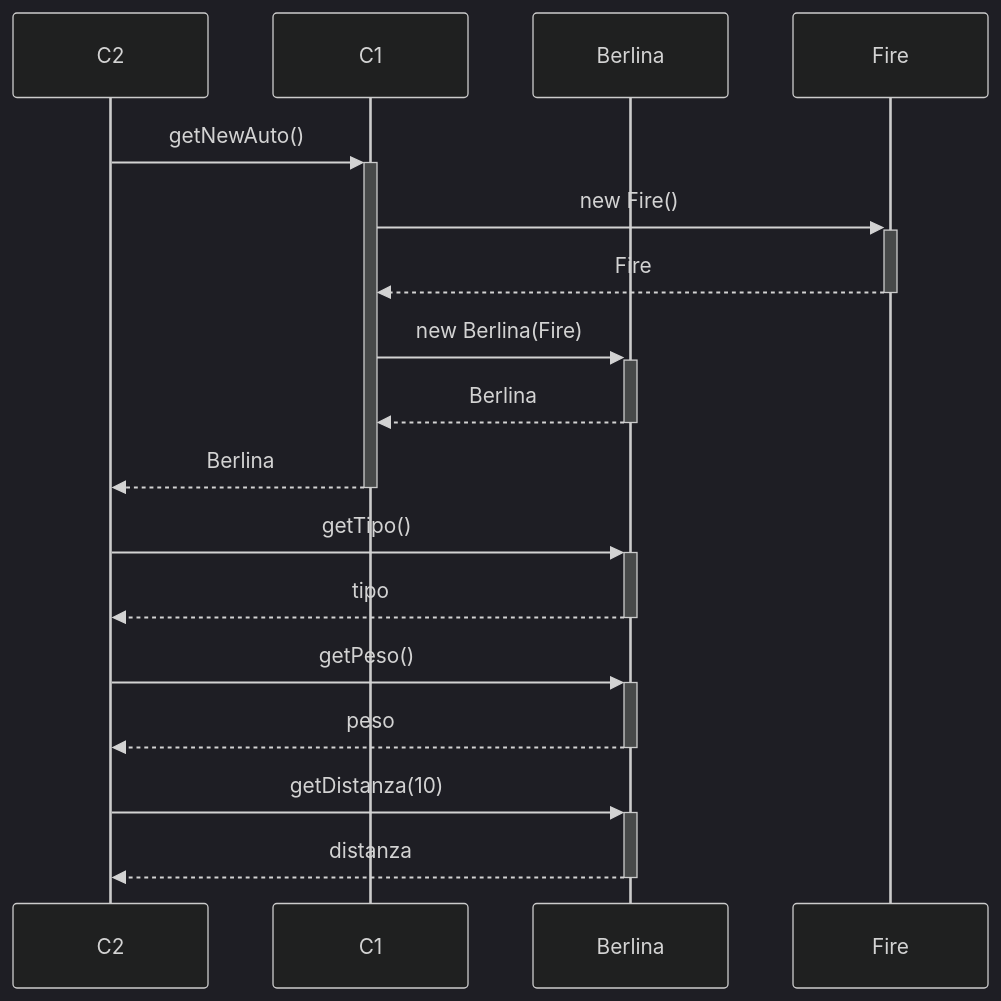
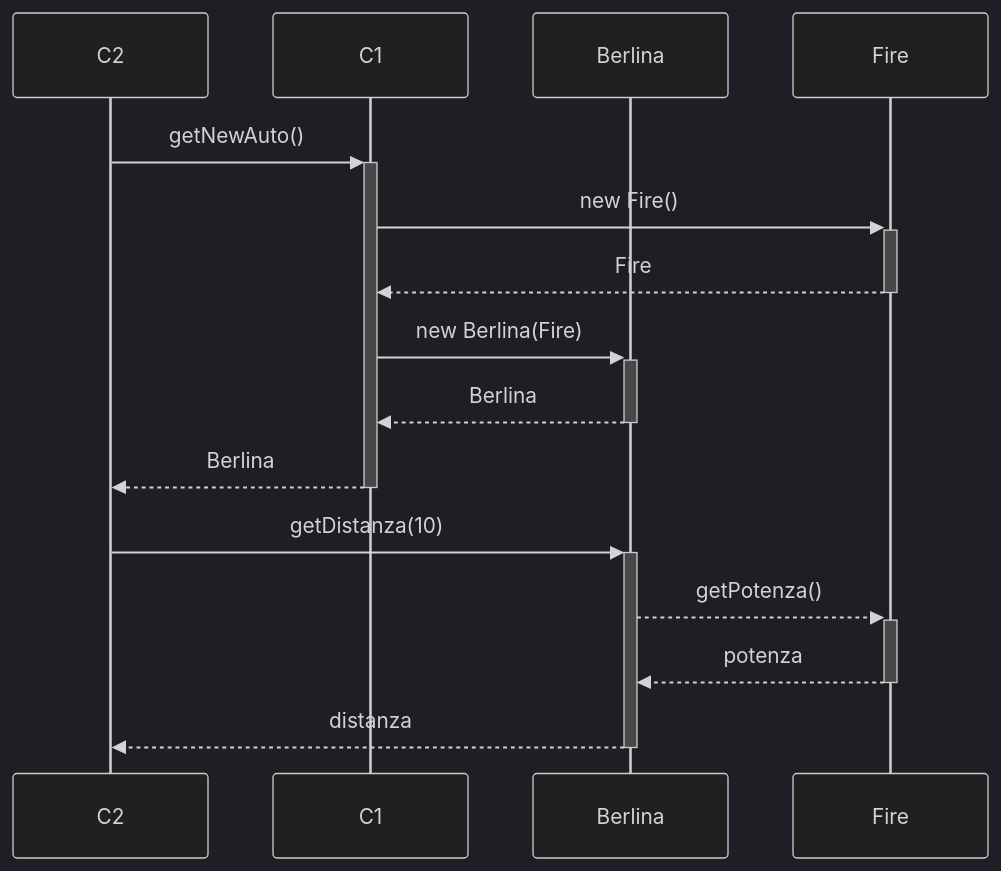
Before and after one commit to TendTo/Tutorato-Ingegneria-del-Software: the second of 2 diagrams in lezioni/13-Esercizi/README.md, drawn with Mermaid (dark theme). The commit also changed other lines of this file, not shown here.

````diff
--- a/lezioni/13-Esercizi/README.md
+++ b/lezioni/13-Esercizi/README.md
@@ -1107,21 +1235,19 @@
 ```mermaid
 sequenceDiagram
 
 participant C2
 participant C1
 participant Berlina
 participant Fire
 
 C2 ->>+ C1: getNewAuto()
 C1 ->>+ Fire: new Fire()
 Fire -->>- C1: Fire
 C1 ->>+ Berlina: new Berlina(Fire)
 Berlina -->>- C1: Berlina
 C1 -->>- C2: Berlina
-C2 ->>+ Berlina: getTipo()
-Berlina -->>- C2: tipo
-C2 ->>+ Berlina: getPeso()
-Berlina -->>- C2: peso
 C2 ->>+ Berlina: getDistanza(10)
+Berlina -->>+ Fire: getPotenza()
+Fire -->>- Berlina: potenza
 Berlina -->>- C2: distanza
 ```
````
